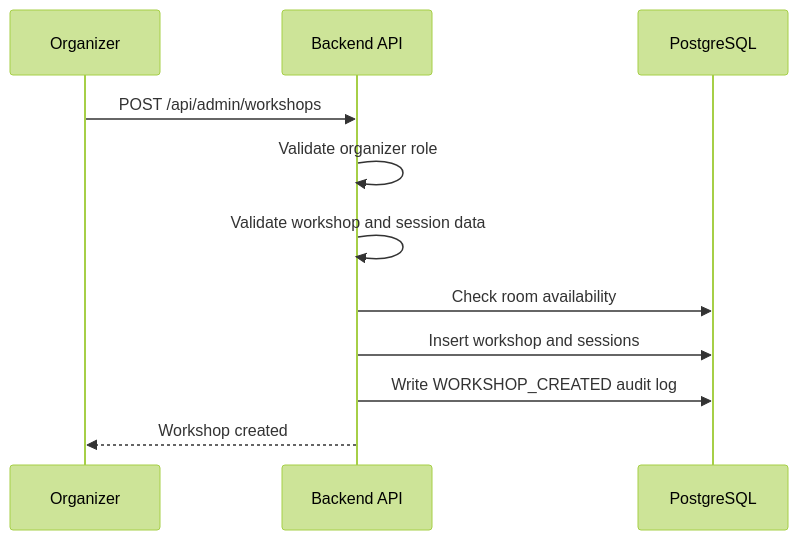
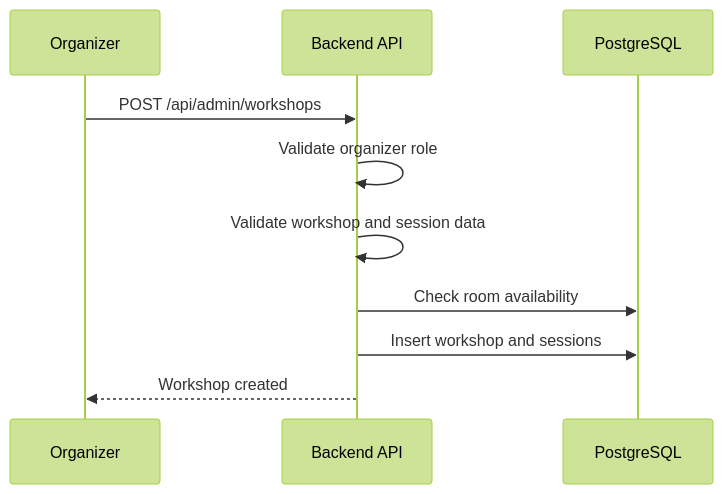
Before and after one commit to NguyenThanhTien539/unihub-workshop-system: the third of 6 diagrams in blueprint/specs/workshop.md, drawn with Mermaid (forest theme). The commit also changed other lines of this file and 8 other files, not shown here.

````diff
--- a/blueprint/specs/workshop.md
+++ b/blueprint/specs/workshop.md
@@ -100,14 +96,13 @@
 ```mermaid
 sequenceDiagram
     participant O as Organizer
     participant API as Backend API
     participant DB as PostgreSQL
 
     O->>API: POST /api/admin/workshops
     API->>API: Validate organizer role
     API->>API: Validate workshop and session data
     API->>DB: Check room availability
     API->>DB: Insert workshop and sessions
-    API->>DB: Write WORKSHOP_CREATED audit log
     API-->>O: Workshop created
 ```
````
